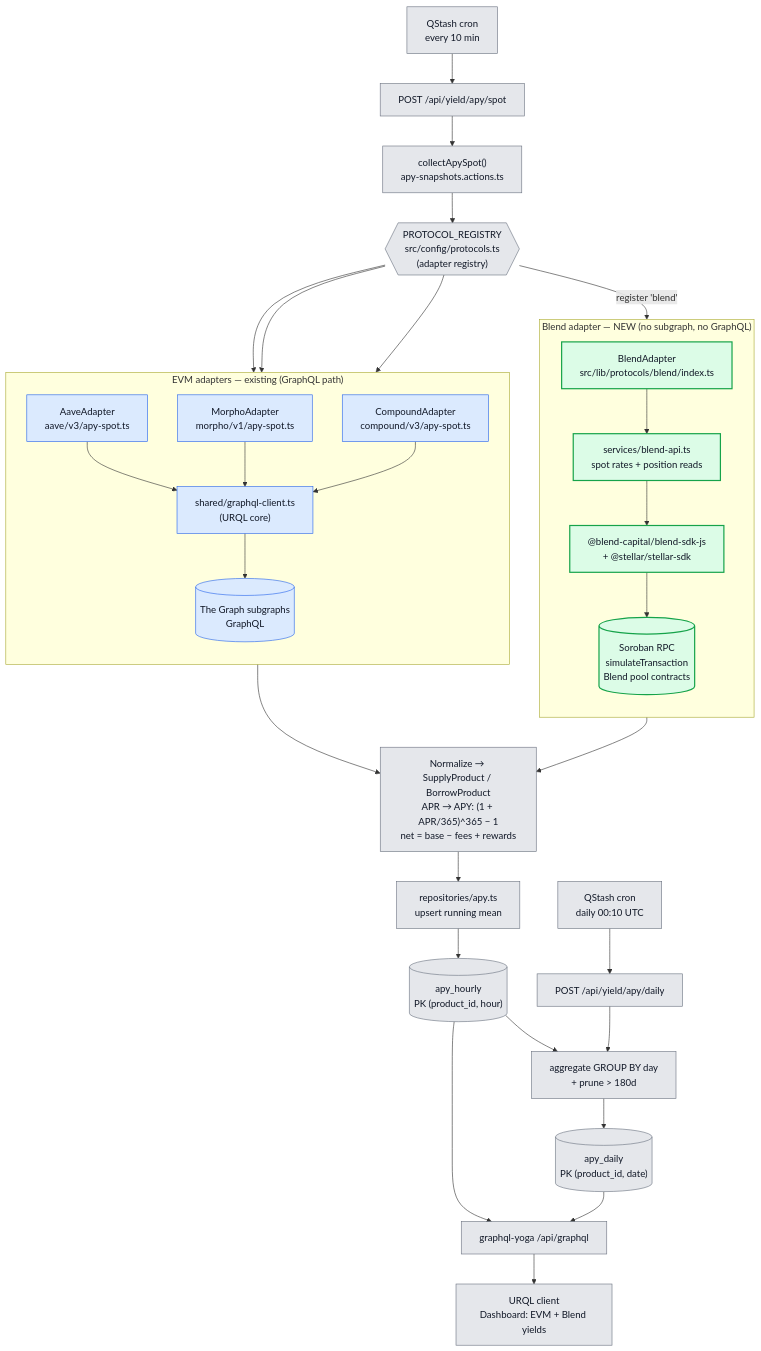
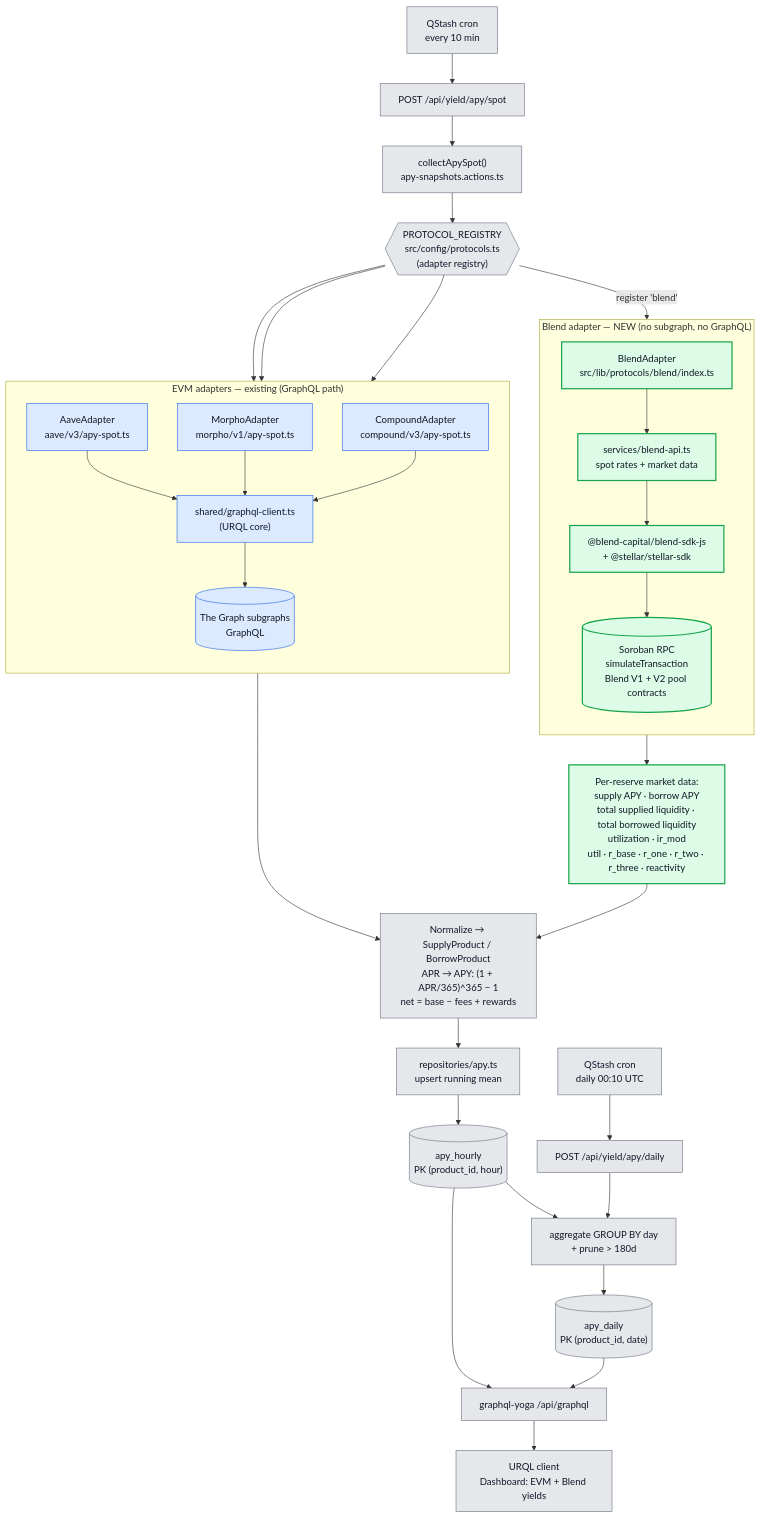
Before and after one commit to cedricmagne/lendwise: the first of 3 diagrams in docs/architecture-blend-flow.md, drawn with Mermaid. The commit also changed other lines of this file and 1 other file, not shown here.

Commit message:
chore: update architecture stellar & bland diagram

````diff
--- a/docs/architecture-blend-flow.md
+++ b/docs/architecture-blend-flow.md
@@ -10,64 +10,67 @@
 ```mermaid
 flowchart TD
     %% ---------- Triggers ----------
     Cron["QStash cron<br/>every 10 min"] --> SpotRoute["POST /api/yield/apy/spot"]
     SpotRoute --> Collect["collectApySpot()<br/>apy-snapshots.actions.ts"]
 
     %% ---------- Registry ----------
     Collect --> Registry{{"PROTOCOL_REGISTRY<br/>src/config/protocols.ts<br/>(adapter registry)"}}
 
     %% ---------- EVM adapters (existing, GraphQL path) ----------
     subgraph EVM["EVM adapters — existing (GraphQL path)"]
         direction TB
         Aave["AaveAdapter<br/>aave/v3/apy-spot.ts"]
         Morpho["MorphoAdapter<br/>morpho/v1/apy-spot.ts"]
         Compound["CompoundAdapter<br/>compound/v3/apy-spot.ts"]
         GqlClient["shared/graphql-client.ts<br/>(URQL core)"]
         TheGraph[("The Graph subgraphs<br/>GraphQL")]
         Aave --> GqlClient
         Morpho --> GqlClient
         Compound --> GqlClient
         GqlClient --> TheGraph
     end
 
     %% ---------- Blend adapter (NEW, non-GraphQL path) ----------
     subgraph STELLAR["Blend adapter — NEW (no subgraph, no GraphQL)"]
         direction TB
         BlendAdapter["BlendAdapter<br/>src/lib/protocols/blend/index.ts"]
-        BlendSvc["services/blend-api.ts<br/>spot rates + position reads"]
+        BlendSvc["services/blend-api.ts<br/>spot rates + market data"]
         BlendSDK["@blend-capital/blend-sdk-js<br/>+ @stellar/stellar-sdk"]
-        SorobanRPC[("Soroban RPC<br/>simulateTransaction<br/>Blend pool contracts")]
+        SorobanRPC[("Soroban RPC<br/>simulateTransaction<br/>Blend V1 + V2 pool contracts")]
         BlendAdapter --> BlendSvc --> BlendSDK --> SorobanRPC
     end
 
     Registry --> Aave
     Registry --> Morpho
     Registry --> Compound
     Registry -->|"register 'blend'"| BlendAdapter
 
+    %% ---------- Market data extracted per reserve (NEW) ----------
+    SorobanRPC --> BlendFields["Per-reserve market data:<br/>supply APY · borrow APY<br/>total supplied liquidity · total borrowed liquidity<br/>utilization · ir_mod<br/>util · r_base · r_one · r_two · r_three · reactivity"]
+
     %% ---------- Normalization (shared, unchanged) ----------
     TheGraph --> Normalize["Normalize → SupplyProduct / BorrowProduct<br/>APR → APY: (1 + APR/365)^365 − 1<br/>net = base − fees + rewards"]
-    SorobanRPC --> Normalize
+    BlendFields --> Normalize
 
     %% ---------- Persistence (shared, unchanged) ----------
     Normalize --> ApyRepo["repositories/apy.ts<br/>upsert running mean"]
     ApyRepo --> Hourly[("apy_hourly<br/>PK (product_id, hour)")]
 
     DailyCron["QStash cron<br/>daily 00:10 UTC"] --> DailyRoute["POST /api/yield/apy/daily"]
     DailyRoute --> Aggregate["aggregate GROUP BY day<br/>+ prune > 180d"]
     Hourly --> Aggregate --> Daily[("apy_daily<br/>PK (product_id, date)")]
 
     %% ---------- Serving (shared, unchanged) ----------
     Hourly --> GraphQLServer["graphql-yoga /api/graphql"]
     Daily --> GraphQLServer
     GraphQLServer --> UI["URQL client<br/>Dashboard: EVM + Blend yields"]
 
     %% ---------- Styles ----------
     classDef core fill:#e5e7eb,stroke:#6b7280,color:#111827;
     classDef evm fill:#dbeafe,stroke:#2563eb,color:#111827;
     classDef stellar fill:#dcfce7,stroke:#16a34a,color:#111827,stroke-width:2px;
 
     class Cron,SpotRoute,Collect,Registry,Normalize,ApyRepo,Hourly,DailyCron,DailyRoute,Aggregate,Daily,GraphQLServer,UI core;
     class Aave,Morpho,Compound,GqlClient,TheGraph evm;
-    class BlendAdapter,BlendSvc,BlendSDK,SorobanRPC stellar;
+    class BlendAdapter,BlendSvc,BlendSDK,SorobanRPC,BlendFields stellar;
 ```
````
